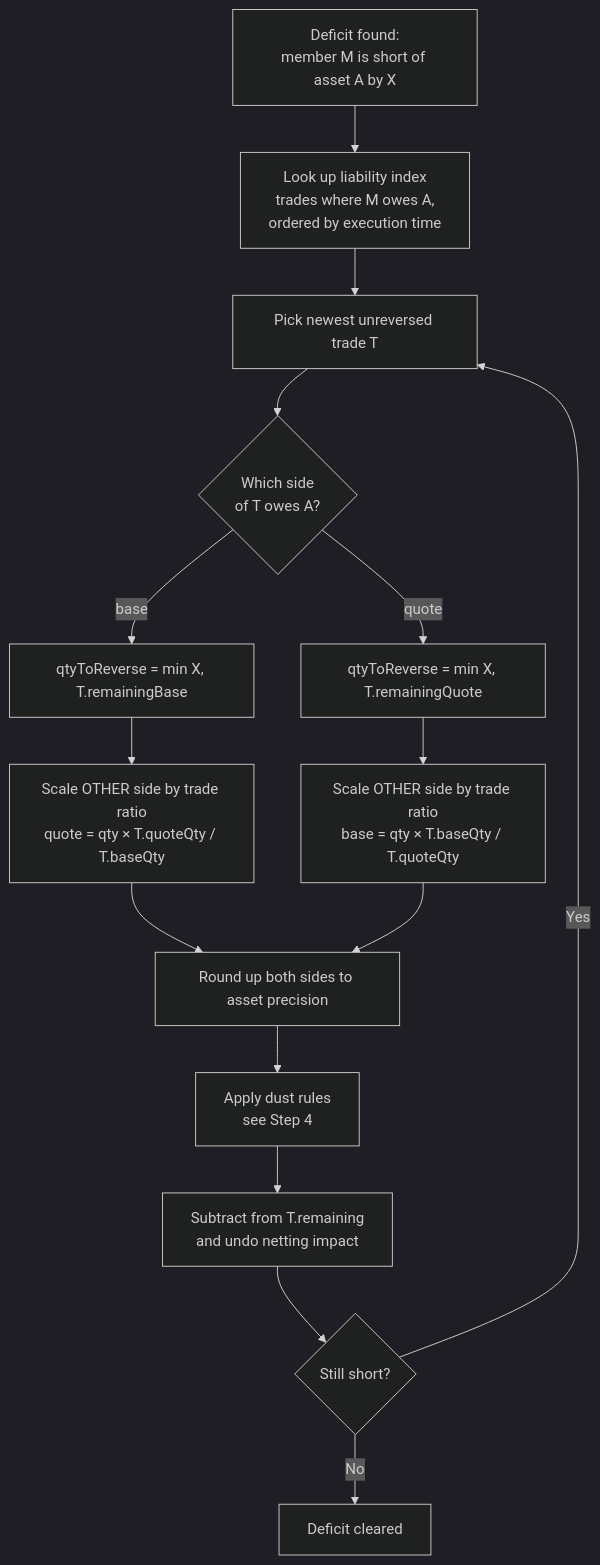
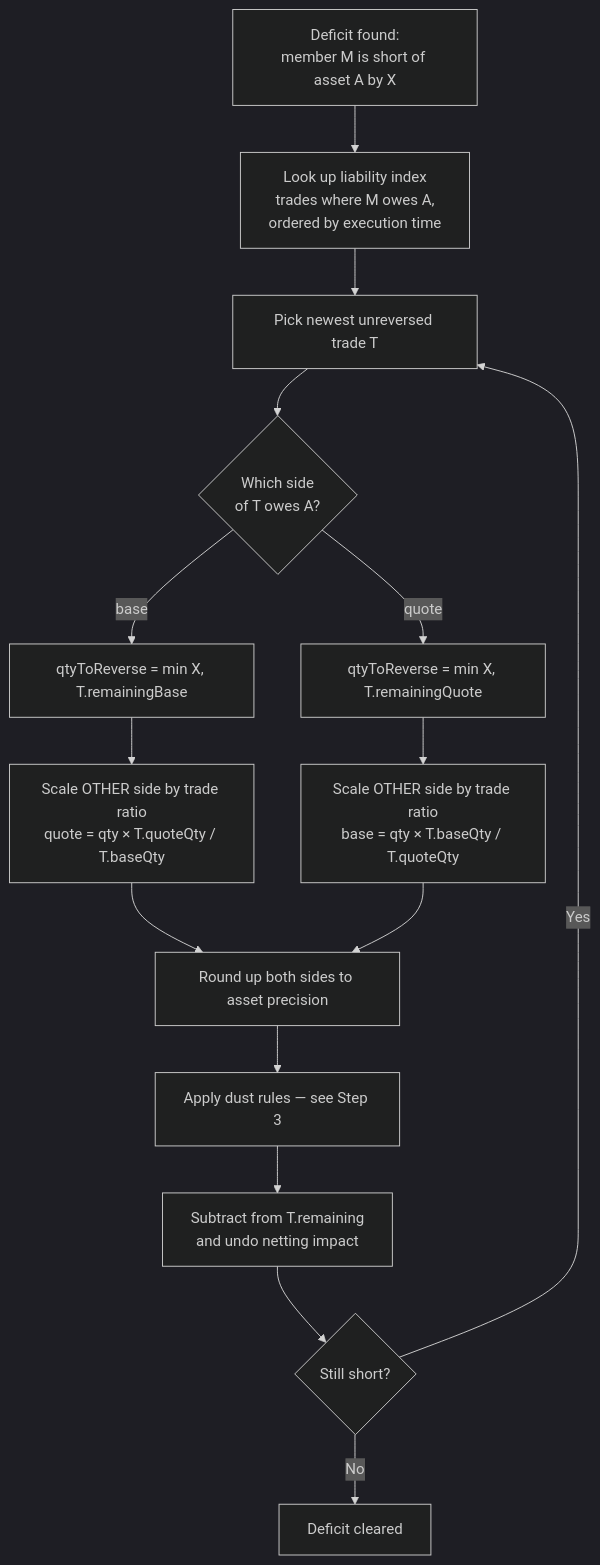
Before and after one commit to induwarabas/net-settlement: the fourth of 9 diagrams in confluence.md, drawn with Mermaid (dark theme). The commit also changed other lines of this file, not shown here.

Commit message:
Update `confluence.md` to provide a detailed, long-form reference for the multilateral settlement engine. Rewrite introduction, expand step-by-step documentation, revise table of contents, and add penalty logic and dust threshold rules.

````diff
--- a/confluence.md
+++ b/confluence.md
@@ -190,17 +285,17 @@
 ```mermaid
 flowchart TD
     Start[Deficit found:<br/>member M is short of asset A by X] --> Idx[Look up liability index<br/>trades where M owes A,<br/>ordered by execution time]
     Idx --> Pick[Pick newest unreversed trade T]
     Pick --> Drv{Which side<br/>of T owes A?}
     Drv -- base --> Rb[qtyToReverse = min X, T.remainingBase]
     Drv -- quote --> Rq[qtyToReverse = min X, T.remainingQuote]
     Rb --> Scale[Scale OTHER side by trade ratio<br/>quote = qty × T.quoteQty / T.baseQty]
     Rq --> Scale2[Scale OTHER side by trade ratio<br/>base = qty × T.baseQty / T.quoteQty]
     Scale --> Snap[Round up both sides to asset precision]
     Scale2 --> Snap
-    Snap --> Dust[Apply dust rules<br/>see Step 4]
+    Snap --> Dust[Apply dust rules — see Step 3]
     Dust --> Apply[Subtract from T.remaining<br/>and undo netting impact]
     Apply --> Q{Still short?}
     Q -- Yes --> Pick
     Q -- No --> Done[Deficit cleared]
 ```
````
